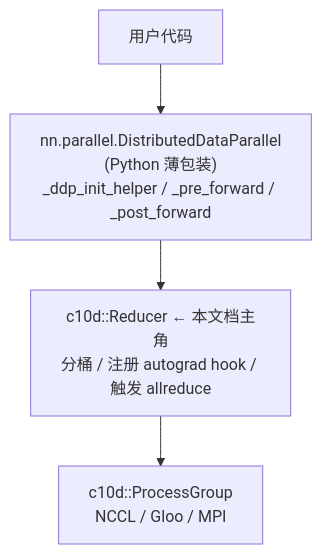
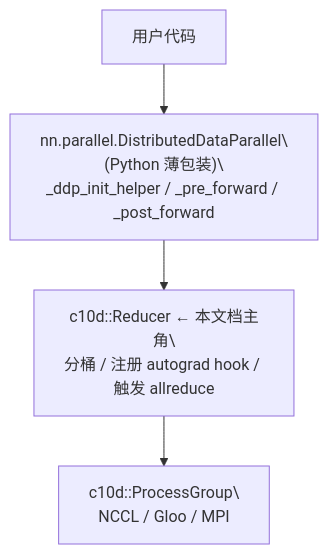
The first of 4 diagrams in docs/knowledge/pytorch/pytorch-reducer.md (stevexiaofei/second-brain), drawn with Mermaid before and after one commit. The commit also changed other lines of this file and 14 other files, not shown here.

First line of the commit message:
docs: bump mermaid font sizes and replace <br/> with real newlines

````diff
--- a/docs/knowledge/pytorch/pytorch-reducer.md
+++ b/docs/knowledge/pytorch/pytorch-reducer.md
@@ -27,6 +27,10 @@
 ```mermaid
 flowchart TD
-    U["用户代码"] --> DDP["nn.parallel.DistributedDataParallel<br/>(Python 薄包装)<br/>_ddp_init_helper / _pre_forward / _post_forward"]
-    DDP --> R["c10d::Reducer ← 本文档主角<br/>分桶 / 注册 autograd hook / 触发 allreduce"]
-    R --> PG["c10d::ProcessGroup<br/>NCCL / Gloo / MPI"]
+    U["用户代码"] --> DDP["nn.parallel.DistributedDataParallel\
+(Python 薄包装)\
+_ddp_init_helper / _pre_forward / _post_forward"]
+    DDP --> R["c10d::Reducer ← 本文档主角\
+分桶 / 注册 autograd hook / 触发 allreduce"]
+    R --> PG["c10d::ProcessGroup\
+NCCL / Gloo / MPI"]
 ```
````
